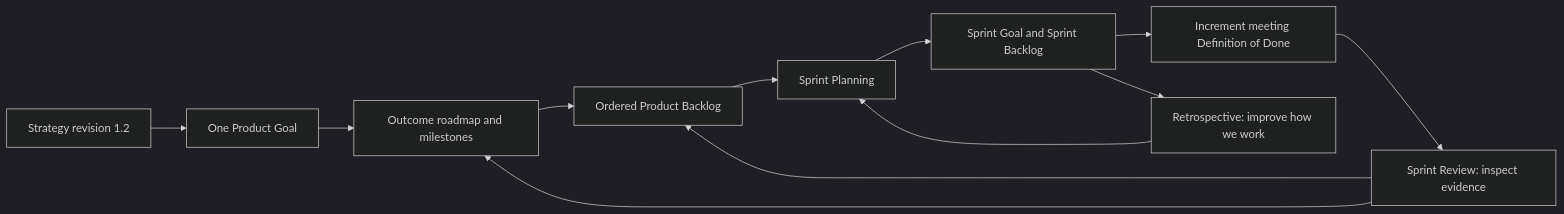
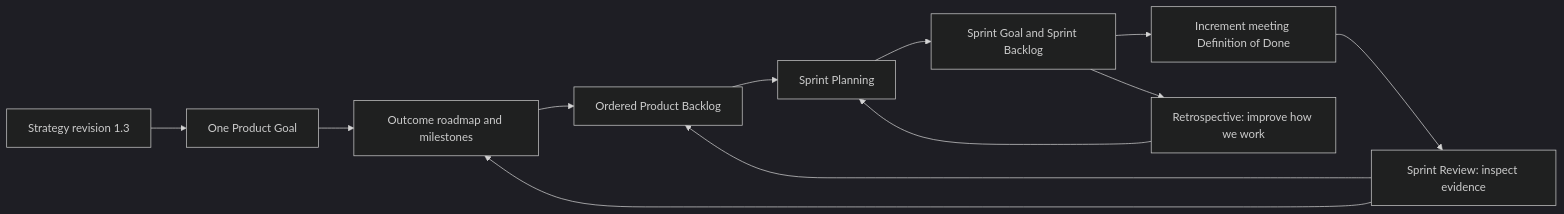
One commit to PyBLE-dev/PyBLE changed the diagram in docs/developments/2026-q4-reliable-workflow/01_Overview_and_Scrum_Framework.md. Above: the diagram before and after it, drawn with Mermaid (dark theme). The commit also changed other lines of this file and 17 other files, not shown here.

````diff
--- a/docs/developments/2026-q4-reliable-workflow/01_Overview_and_Scrum_Framework.md
+++ b/docs/developments/2026-q4-reliable-workflow/01_Overview_and_Scrum_Framework.md
@@ -32,14 +33,14 @@
 ```mermaid
 flowchart LR
-    Strategy["Strategy revision 1.2"] --> Goal["One Product Goal"]
+    Strategy["Strategy revision 1.3"] --> Goal["One Product Goal"]
     Goal --> Roadmap["Outcome roadmap and milestones"]
     Roadmap --> Product["Ordered Product Backlog"]
     Product --> Planning["Sprint Planning"]
     Planning --> Sprint["Sprint Goal and Sprint Backlog"]
     Sprint --> Increment["Increment meeting Definition of Done"]
     Increment --> Review["Sprint Review: inspect evidence"]
     Review --> Product
     Review --> Roadmap
     Sprint --> Retro["Retrospective: improve how we work"]
     Retro --> Planning
 ```
````
